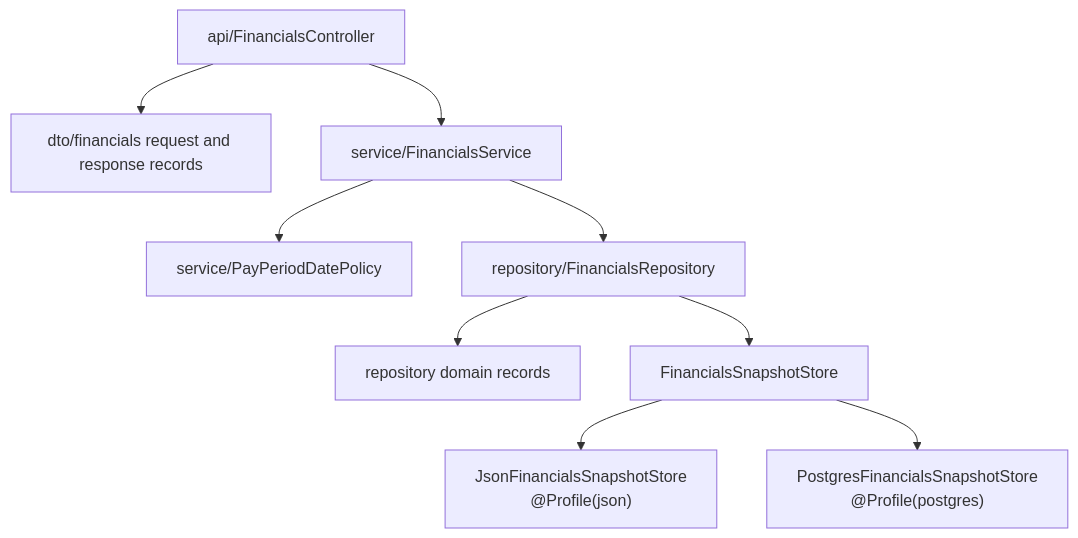
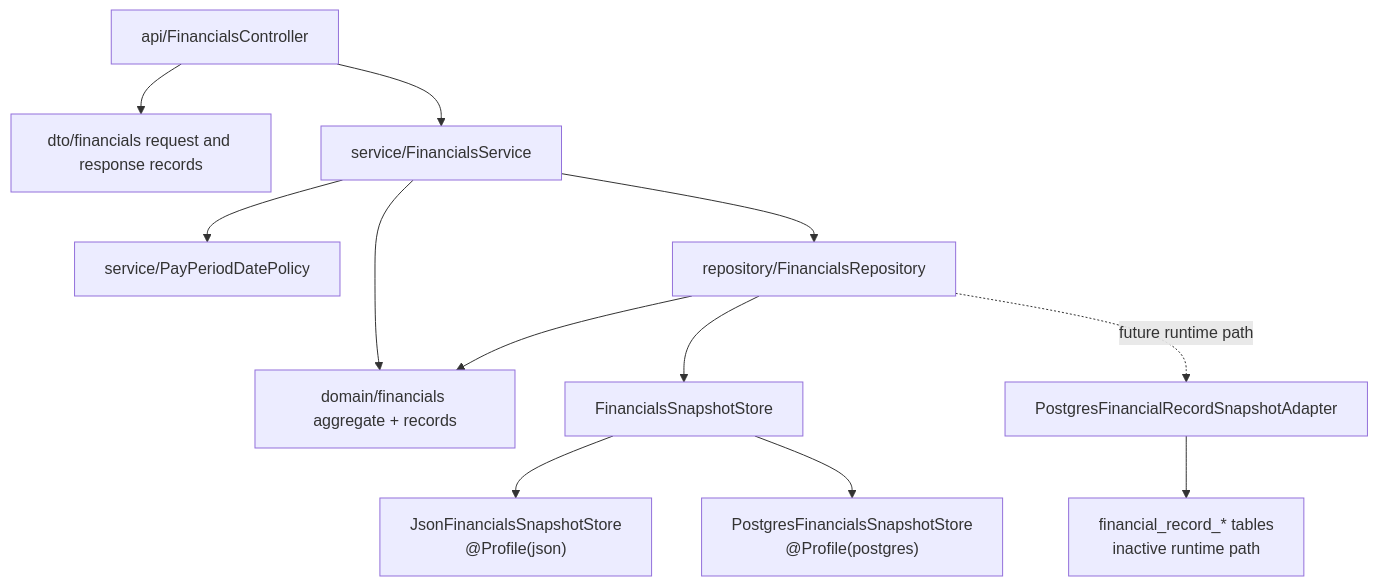
Before and after one commit to everdein/pay-period-planner: the second of 4 diagrams in docs/architecture-map.md, drawn with Mermaid. The commit also changed other lines of this file and 123 other files, not shown here.

````diff
--- a/docs/architecture-map.md
+++ b/docs/architecture-map.md
@@ -53,11 +58,14 @@
 ```mermaid
 flowchart TD
     Controller["api/FinancialsController"] --> DTO["dto/financials request and response records"]
     Controller --> Service["service/FinancialsService"]
     Service --> DatePolicy["service/PayPeriodDatePolicy"]
+    Service --> Domain["domain/financials aggregate + records"]
     Service --> Repository["repository/FinancialsRepository"]
-    Repository --> Models["repository domain records"]
+    Repository --> Domain
     Repository --> Interface["FinancialsSnapshotStore"]
+    Repository -. "future runtime path" .-> RecordAdapter["PostgresFinancialRecordSnapshotAdapter"]
     Interface --> JsonStore["JsonFinancialsSnapshotStore<br/>@Profile(json)"]
     Interface --> PostgresStore["PostgresFinancialsSnapshotStore<br/>@Profile(postgres)"]
+    RecordAdapter --> RecordTables["financial_record_* tables<br/>inactive runtime path"]
 ```
````
